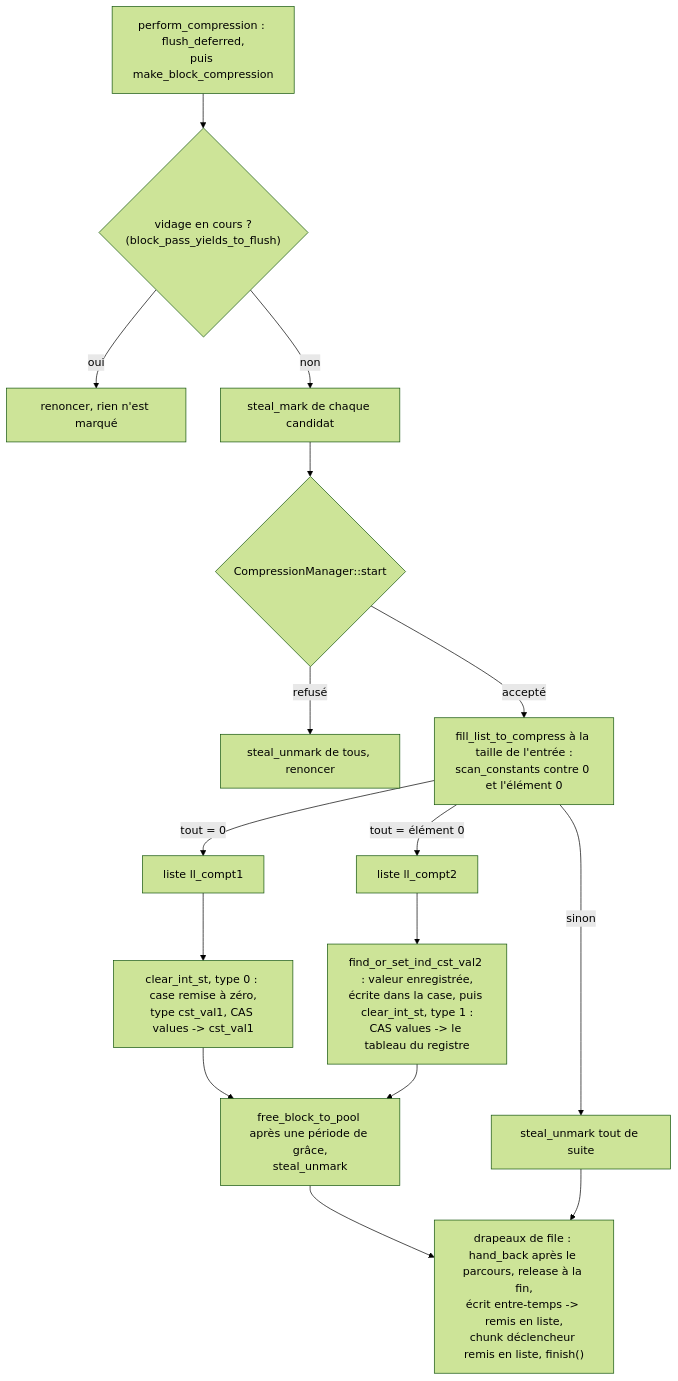
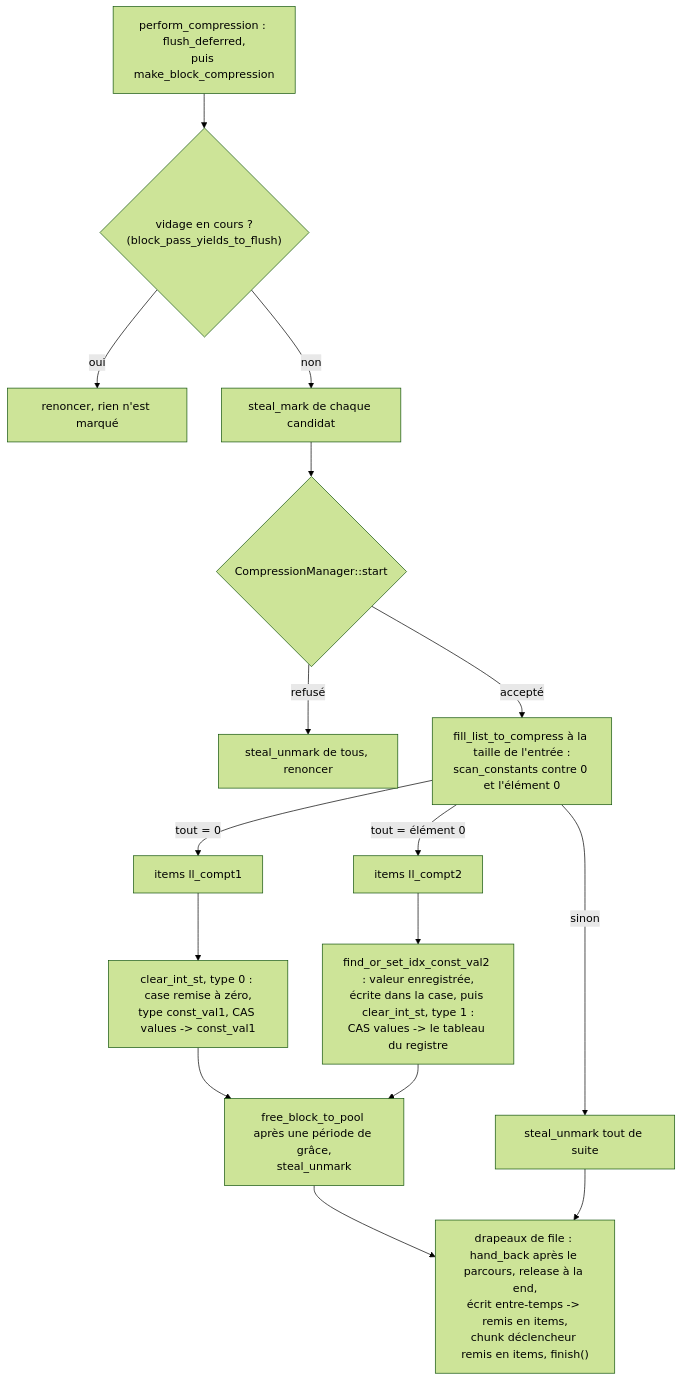
Before and after one commit to cea-hpc/shrink-array: the first of 2 diagrams in docs/algo_zero_any_fr.md, drawn with Mermaid (forest theme). The commit also changed other lines of this file and 244 other files, not shown here.

````diff
--- a/docs/algo_zero_any_fr.md
+++ b/docs/algo_zero_any_fr.md
@@ -138,18 +138,18 @@
 ```mermaid
 flowchart TD
     A["perform_compression : flush_deferred,<br/>puis make_block_compression"] --> B{"vidage en cours ?<br/>(block_pass_yields_to_flush)"}
     B -->|oui| B1["renoncer, rien n'est marqué"]
     B -->|non| C["steal_mark de chaque candidat"]
     C --> D{"CompressionManager::start"}
     D -->|refusé| D1["steal_unmark de tous, renoncer"]
     D -->|accepté| E["fill_list_to_compress à la taille de l'entrée :<br/>scan_constants contre 0 et l'élément 0"]
-    E -->|"tout = 0"| F["liste ll_compt1"]
-    E -->|"tout = élément 0"| G["liste ll_compt2"]
+    E -->|"tout = 0"| F["items ll_compt1"]
+    E -->|"tout = élément 0"| G["items ll_compt2"]
     E -->|"sinon"| N["steal_unmark tout de suite"]
-    F --> F1["clear_int_st, type 0 : case remise à zéro,<br/>type cst_val1, CAS values -> cst_val1"]
-    G --> G1["find_or_set_ind_cst_val2 : valeur enregistrée,<br/>écrite dans la case, puis clear_int_st, type 1 :<br/>CAS values -> le tableau du registre"]
+    F --> F1["clear_int_st, type 0 : case remise à zéro,<br/>type const_val1, CAS values -> const_val1"]
+    G --> G1["find_or_set_idx_const_val2 : valeur enregistrée,<br/>écrite dans la case, puis clear_int_st, type 1 :<br/>CAS values -> le tableau du registre"]
     F1 --> R["free_block_to_pool après une période de grâce,<br/>steal_unmark"]
     G1 --> R
-    R --> K["drapeaux de file : hand_back après le parcours, release à la fin,<br/>écrit entre-temps -> remis en liste,<br/>chunk déclencheur remis en liste, finish()"]
+    R --> K["drapeaux de file : hand_back après le parcours, release à la end,<br/>écrit entre-temps -> remis en items,<br/>chunk déclencheur remis en items, finish()"]
     N --> K
 ```
````
